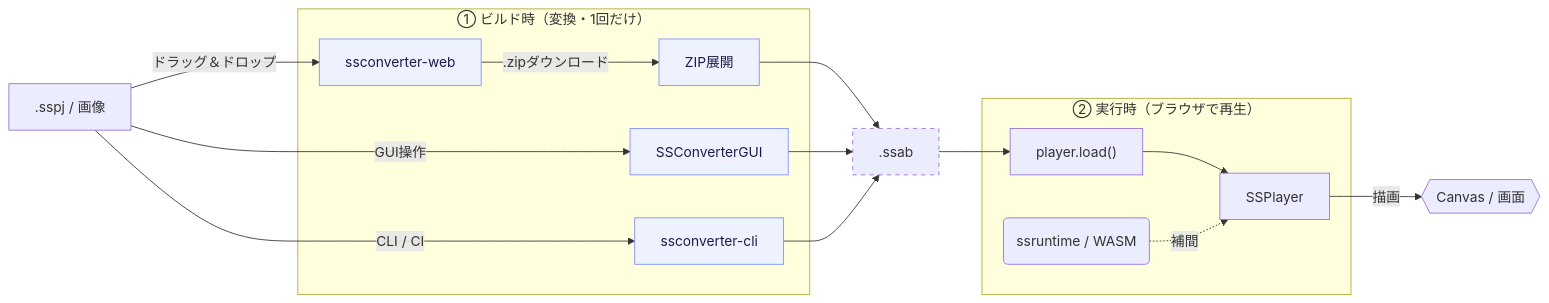
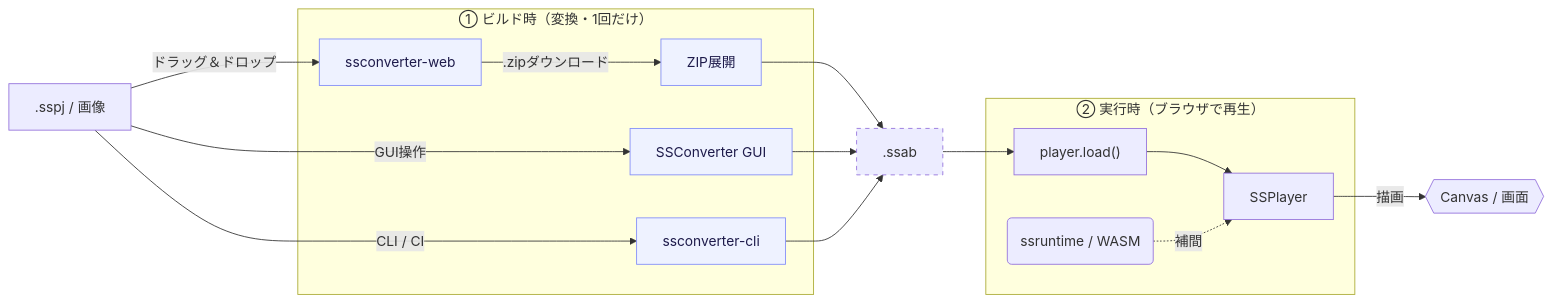
The diagram in docs/ja/index.md (cri-middleware/SSPlayerForWeb), drawn with Mermaid before and after one commit. The commit also changed other lines of this file and 5 other files, not shown here.

First line of the commit message:
docs: call the converter app SSConverter GUI

````diff
--- a/docs/ja/index.md
+++ b/docs/ja/index.md
@@ -56,38 +56,38 @@
 ```mermaid
 graph LR
     SS[".sspj / 画像"]
 
     subgraph Build ["① ビルド時（変換・1回だけ）"]
         WEB["ssconverter-web"]
         UNZIP["ZIP展開"]
-        GUI["SSConverterGUI"]
+        GUI["SSConverter GUI"]
         CLI["ssconverter-cli"]
     end
 
     BIN[".ssab"]
 
     subgraph Run ["② 実行時（ブラウザで再生）"]
         LOAD["player.load()"] --> PLAYER["SSPlayer"]
         RT("ssruntime / WASM") -. "補間" .-> PLAYER
     end
 
     CANVAS{{"Canvas / 画面"}}
 
     SS -->|"ドラッグ＆ドロップ"| WEB
     WEB -->|".zipダウンロード"| UNZIP
     UNZIP --> BIN
     
     SS -->|"GUI操作"| GUI
     GUI --> BIN
     
     SS -->|"CLI / CI"| CLI
     CLI --> BIN
     
     BIN --> LOAD
     PLAYER -->|"描画"| CANVAS
 
     classDef gen stroke-dasharray:5 5;
     class BIN gen;
     classDef tool fill:#eef2ff,stroke:#818cf8,color:#1e1b4b;
     class WEB,UNZIP,GUI,CLI tool;
 ```
````
